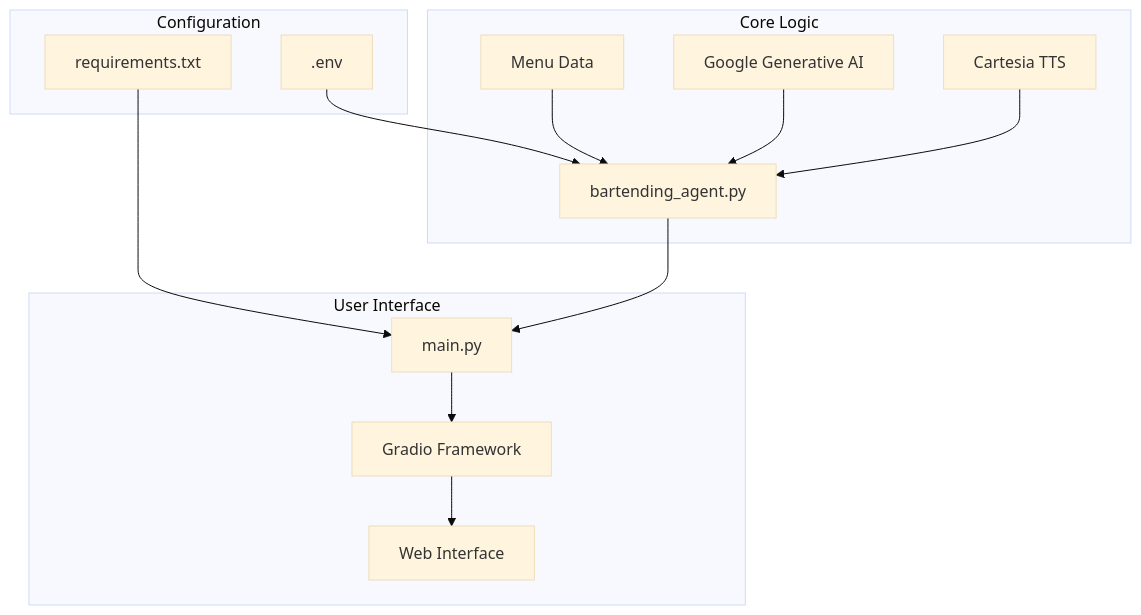
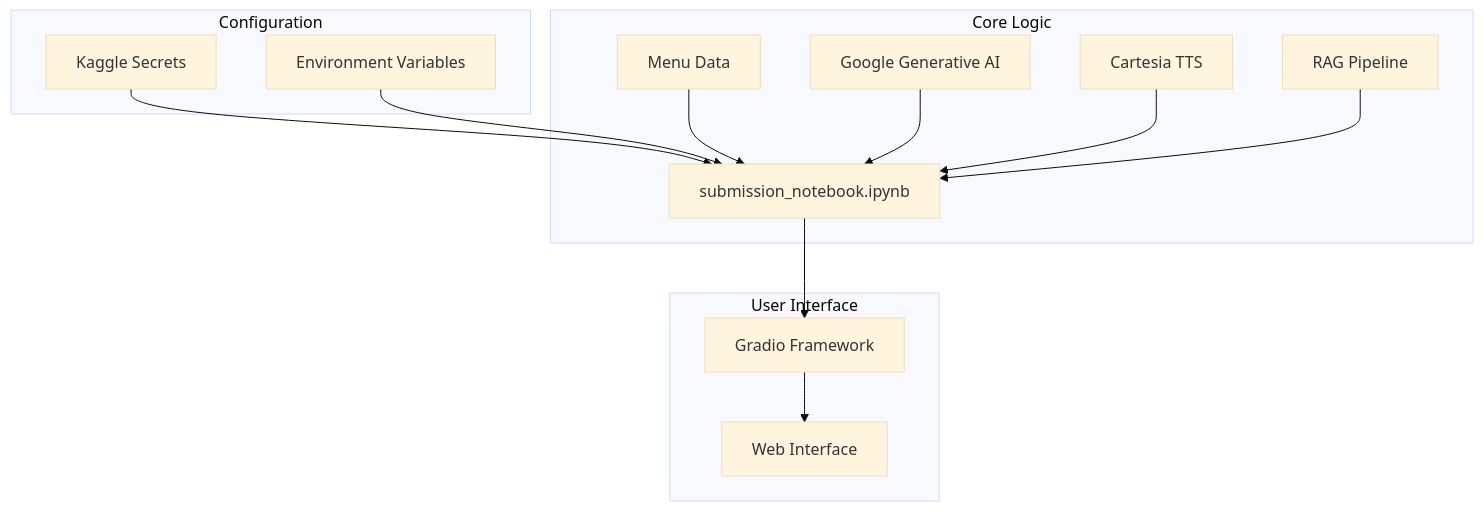
One commit to MOK-5-ha/MayaBartendingAgent changed the first of 4 diagrams in .qoder/repowiki/en/content/AI Integration/Gemini LLM Integration.md. Above: the diagram before and after it, drawn with Mermaid (base theme). The commit also changed other lines of this file and 14 other files, not shown here.

````diff
--- a/.qoder/repowiki/en/content/AI Integration/Gemini LLM Integration.md
+++ b/.qoder/repowiki/en/content/AI Integration/Gemini LLM Integration.md
@@ -26,26 +39,26 @@
 ```mermaid
 graph TB
 subgraph "Core Logic"
-BA[bartending_agent.py]
+Notebook[submission_notebook.ipynb]
 Menu[Menu Data]
 Gemini[Google Generative AI]
 TTS[Cartesia TTS]
+RAG[RAG Pipeline]
 end
 subgraph "User Interface"
-Main[main.py]
 Gradio[Gradio Framework]
 UI[Web Interface]
 end
 subgraph "Configuration"
-Env[.env]
-Requirements[requirements.txt]
+Secrets[Kaggle Secrets]
+Env[Environment Variables]
 end
-Env --> BA
-Requirements --> Main
-Menu --> BA
-Gemini --> BA
-TTS --> BA
-BA --> Main
-Main --> Gradio
+Secrets --> Notebook
+Env --> Notebook
+Menu --> Notebook
+Gemini --> Notebook
+TTS --> Notebook
+RAG --> Notebook
+Notebook --> Gradio
 Gradio --> UI
 ```
````
